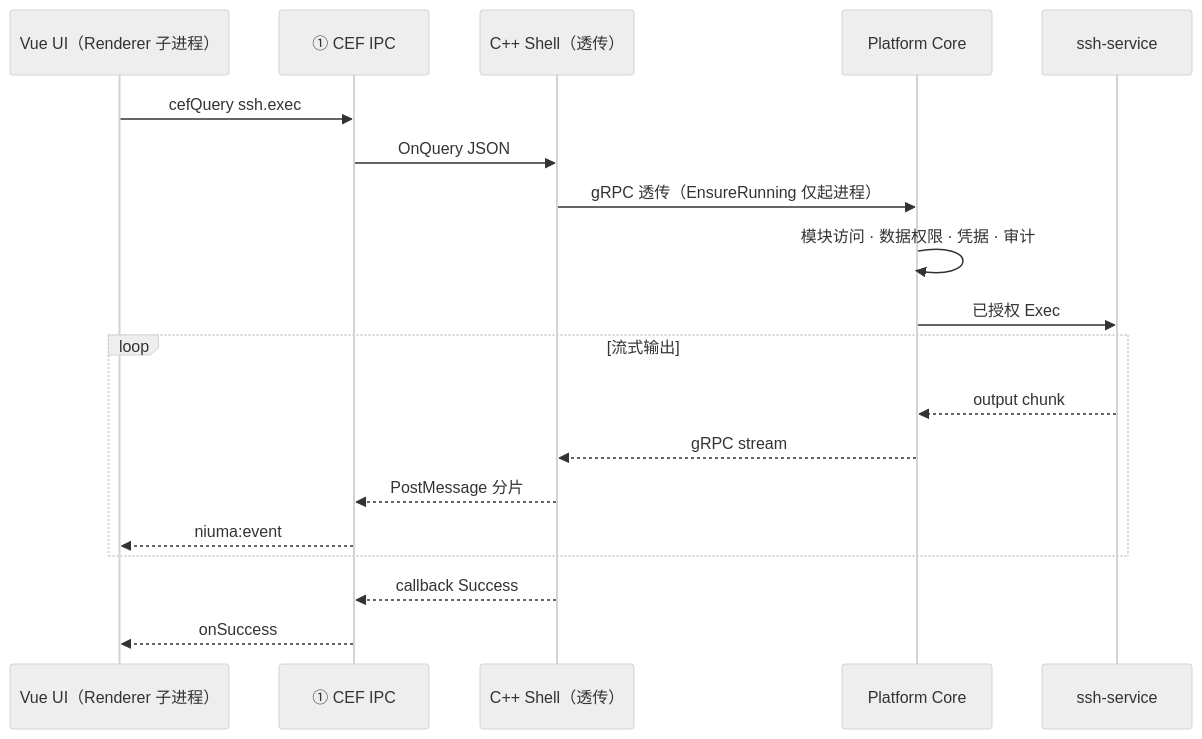
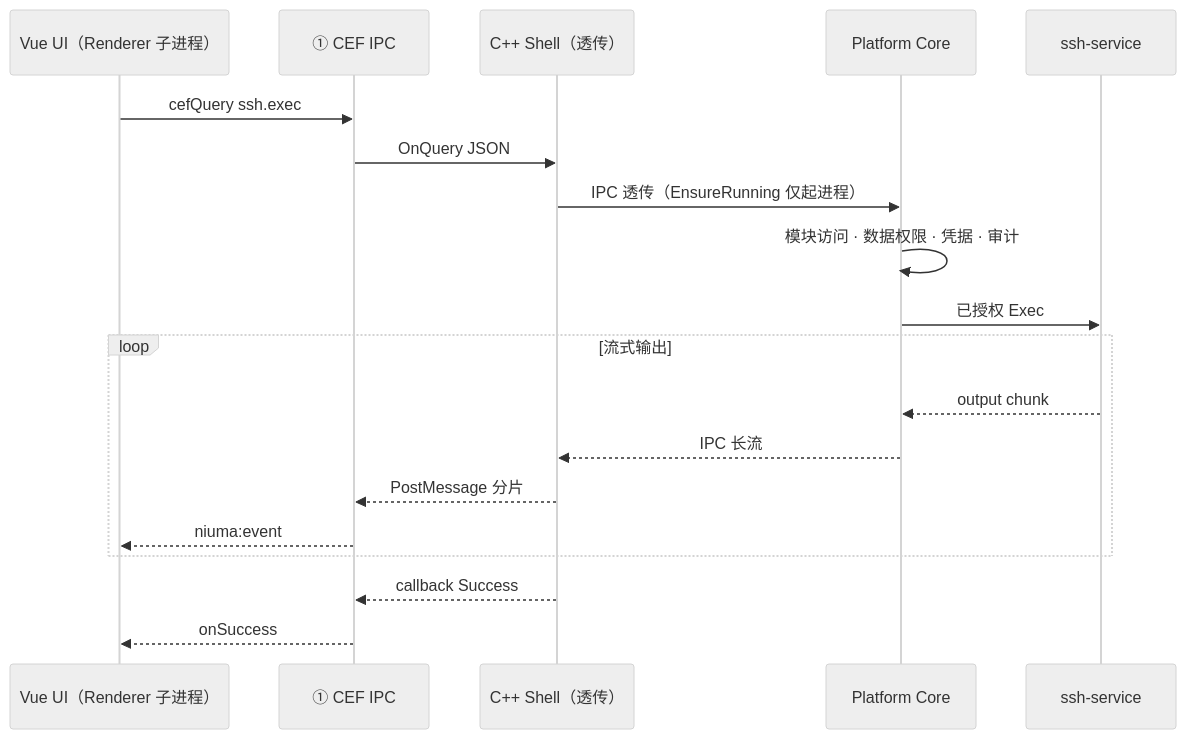
Before and after one commit to Blair-Shang/niuma: the fifth of 11 diagrams in docs/architecture.md, drawn with Mermaid (neutral theme). The commit also changed other lines of this file and 186 other files, not shown here.

````diff
--- a/docs/architecture.md
+++ b/docs/architecture.md
@@ -183,22 +183,22 @@
 ```mermaid
 sequenceDiagram
     participant Web as Vue UI（Renderer 子进程）
     participant CEF as ① CEF IPC
     participant Shell as C++ Shell（透传）
     participant Plat as Platform Core
     participant SSH as ssh-service
 
     Web->>CEF: cefQuery ssh.exec
     CEF->>Shell: OnQuery JSON
-    Shell->>Plat: gRPC 透传（EnsureRunning 仅起进程）
+    Shell->>Plat: IPC 透传（EnsureRunning 仅起进程）
     Plat->>Plat: 模块访问 · 数据权限 · 凭据 · 审计
     Plat->>SSH: 已授权 Exec
     loop 流式输出
         SSH-->>Plat: output chunk
-        Plat-->>Shell: gRPC stream
+        Plat-->>Shell: IPC 长流
         Shell-->>CEF: PostMessage 分片
         CEF-->>Web: niuma:event
     end
     Shell-->>CEF: callback Success
     CEF-->>Web: onSuccess
 ```
````
